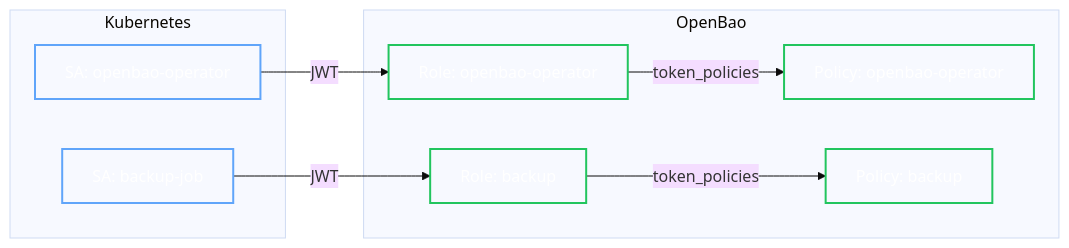
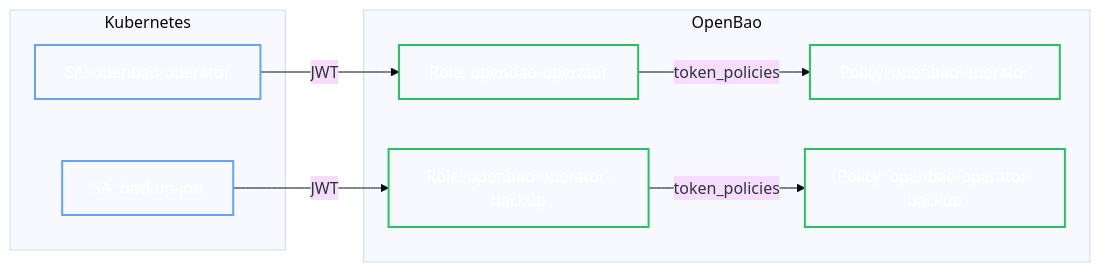
One commit to dc-tec/openbao-operator changed the diagram in docs/user-guide/operator/authz.md. Above: the diagram before and after it, drawn with Mermaid (base theme). The commit also changed other lines of this file and 83 other files, not shown here.

````diff
--- a/docs/user-guide/operator/authz.md
+++ b/docs/user-guide/operator/authz.md
@@ -116,27 +116,27 @@
 ```mermaid
 graph LR
     subgraph K8s [Kubernetes]
         SA_Op[SA: openbao-operator]
         SA_Backup[SA: backup-job]
     end
 
     subgraph Bao [OpenBao]
         Role_Op[Role: openbao-operator]
-        Role_Backup[Role: backup]
+        Role_Backup[Role: openbao-operator-backup]
         
         Pol_Op[Policy: openbao-operator]
-        Pol_Backup[Policy: backup]
+        Pol_Backup[Policy: openbao-operator-backup]
     end
 
     SA_Op -->|JWT| Role_Op
     Role_Op -->|token_policies| Pol_Op
 
     SA_Backup -->|JWT| Role_Backup
     Role_Backup -->|token_policies| Pol_Backup
 
     classDef write fill:transparent,stroke:#22c55e,stroke-width:2px,color:#fff;
     classDef read fill:transparent,stroke:#60a5fa,stroke-width:2px,color:#fff;
     
     class SA_Op,SA_Backup read;
     class Role_Op,Role_Backup,Pol_Op,Pol_Backup write;
 ```
````
